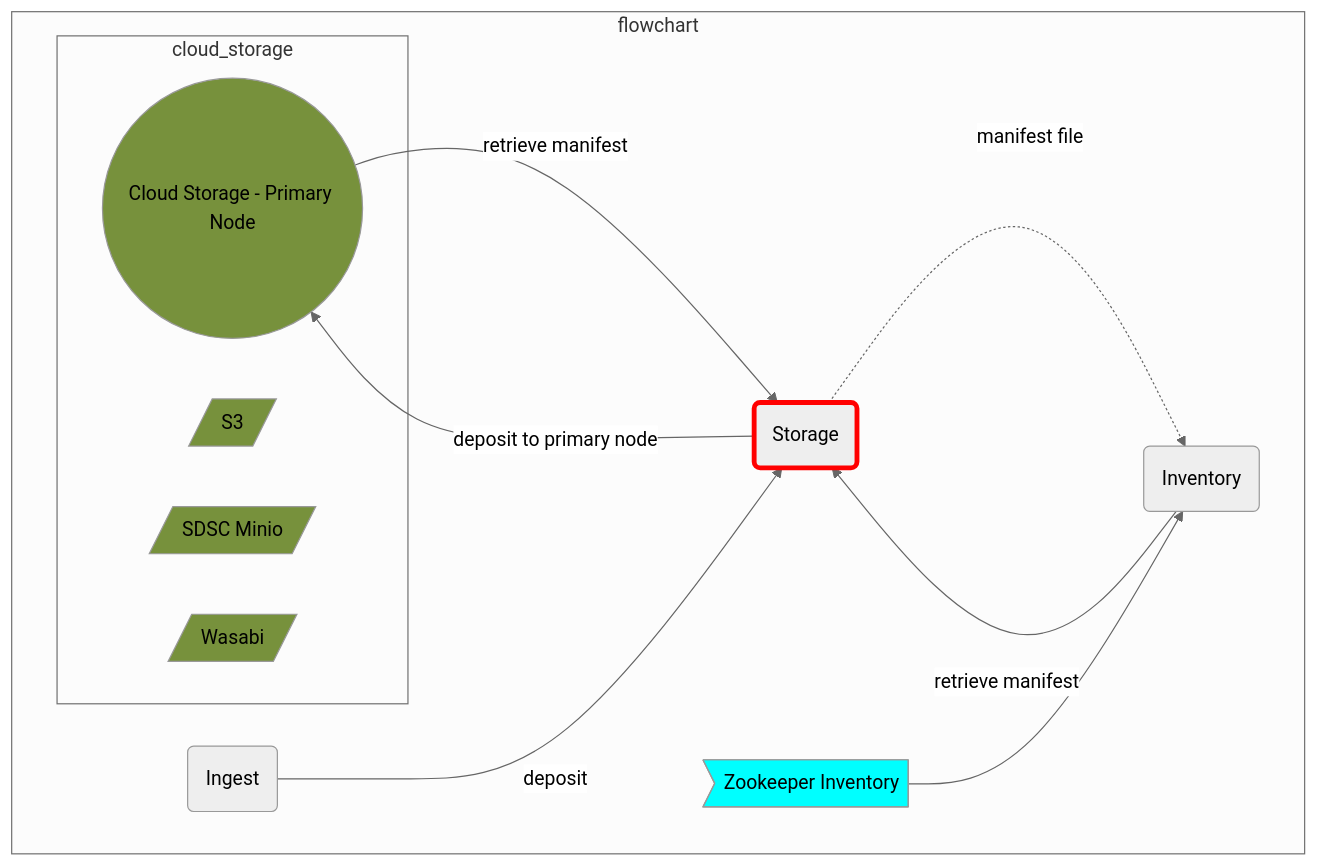
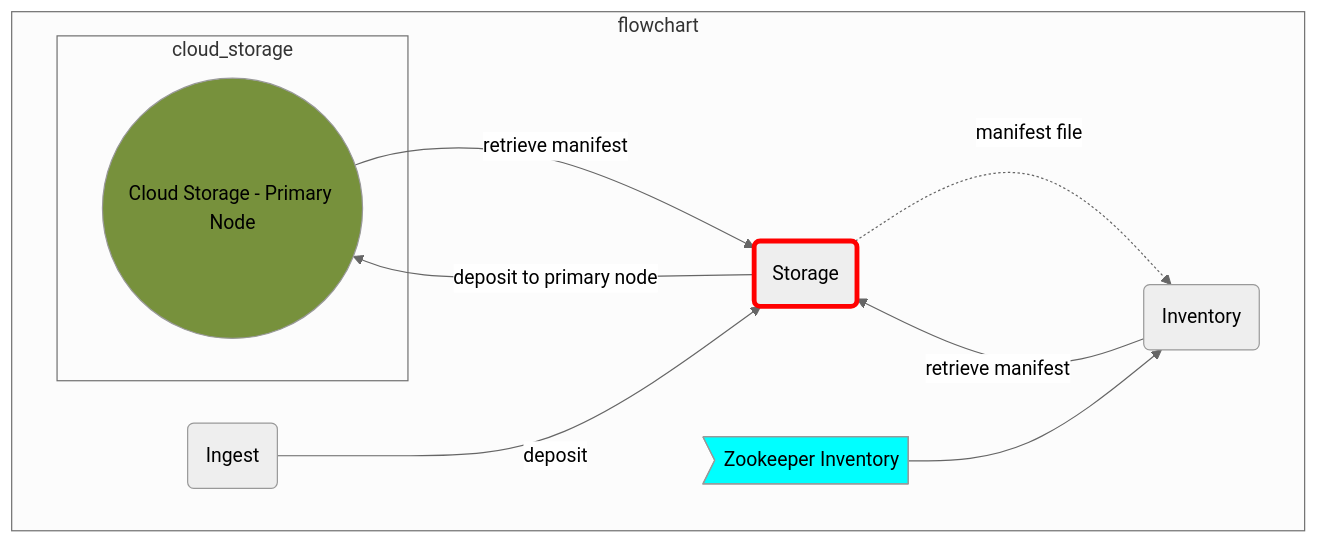
One commit to CDLUC3/mrt-doc changed the diagram in diagrams/store-ing.mmd. Above: the diagram before and after it, drawn with Mermaid. The commit also changed 11 other files, not shown here.

```diff
--- a/diagrams/store-ing.mmd
+++ b/diagrams/store-ing.mmd
@@ -1,29 +1,23 @@
 %%{init: {'theme': 'neutral'}}%%
 graph TD
   ING(Ingest)
   ST(Storage)
   INV(Inventory)
   ZOOINV>Zookeeper Inventory]
 
   subgraph flowchart
 
     subgraph cloud_storage
       CLOUD(("Cloud Storage - Primary Node"))
-      CLDS3[/S3/]
-      CLDSDSC[/SDSC Minio/]
-      CLDWAS[/Wasabi/]
     end
 
     ING --> |deposit| ST
     INV --> |retrieve manifest| ST
     ST -.-> |manifest file| INV
     ST --> |deposit to primary node| CLOUD
     CLOUD --> |retrieve manifest| ST
     ZOOINV --> INV 
   end
   style CLOUD fill:#77913C
-  style CLDS3 fill:#77913C
-  style CLDSDSC fill:#77913C
-  style CLDWAS fill:#77913C
   style ST stroke:red,stroke-width:4px
   style ZOOINV fill:cyan
```
